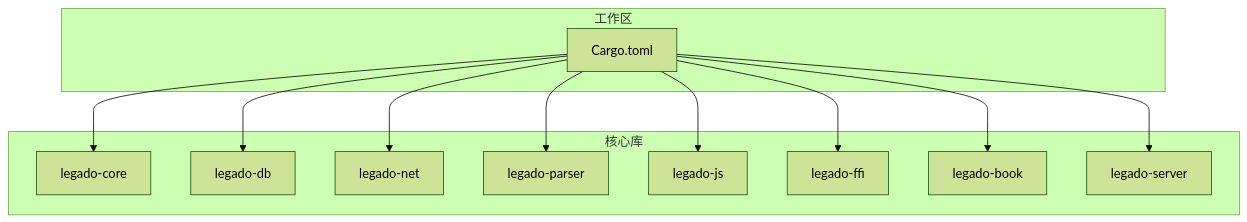
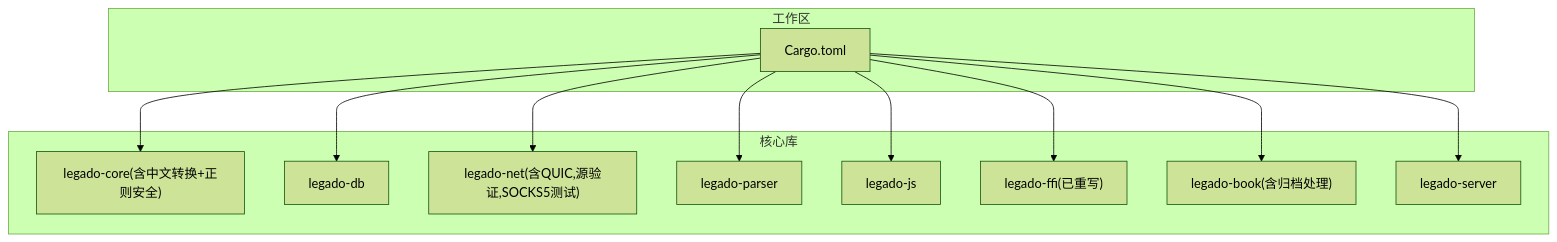
Before and after one commit to ZhangGHGitHub/LegadoTeamFlutter: the first of 23 diagrams in .qoder/repowiki/zh/content/Rust核心库/Rust核心库.md, drawn with Mermaid (forest theme). The commit also changed other lines of this file and 173 other files, not shown here.

````diff
--- a/.qoder/repowiki/zh/content/Rust核心库/Rust核心库.md
+++ b/.qoder/repowiki/zh/content/Rust核心库/Rust核心库.md
@@ -75,24 +55,24 @@
 ```mermaid
 graph TB
 subgraph "工作区"
 A["Cargo.toml"]
 end
 subgraph "核心库"
-B["legado-core"]
+B["legado-core(含中文转换+正则安全)"]
 C["legado-db"]
-D["legado-net"]
+D["legado-net(含QUIC,源验证,SOCKS5测试)"]
 E["legado-parser"]
 F["legado-js"]
-G["legado-ffi"]
-H["legado-book"]
+G["legado-ffi(已重写)"]
+H["legado-book(含归档处理)"]
 I["legado-server"]
 end
 A --> B
 A --> C
 A --> D
 A --> E
 A --> F
 A --> G
 A --> H
 A --> I
 ```
````
